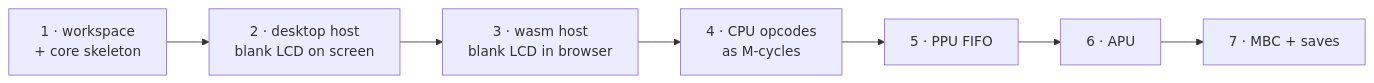
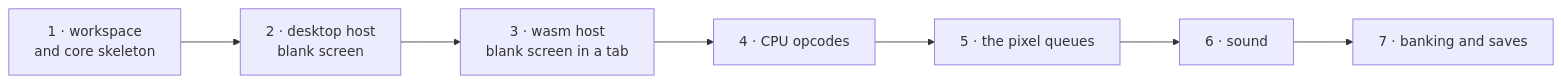
One commit to dudustri/rustboy-color changed diagram 16 of 16 in docs/architecture.md. Above: the diagram before and after it, drawn with Mermaid. The commit also changed other lines of this file and 17 other files, not shown here.

````diff
--- a/docs/architecture.md
+++ b/docs/architecture.md
@@ -449,7 +478,10 @@
 ```mermaid
+%%{init: {"flowchart": {"nodeSpacing": 50, "rankSpacing": 70}}}%%
 flowchart LR
-    S1["1 · workspace<br/>+ core skeleton"] --> S2["2 · desktop host<br/>blank LCD on screen"]
-    S2 --> S3["3 · wasm host<br/>blank LCD in browser"]
-    S3 --> S4["4 · CPU opcodes<br/>as M-cycles"]
-    S4 --> S5["5 · PPU FIFO"] --> S6["6 · APU"] --> S7["7 · MBC + saves"]
+    S1["1 · workspace<br/>and core skeleton"] --> S2["2 · desktop host<br/>blank screen"]
+    S2 --> S3["3 · wasm host<br/>blank screen in a tab"]
+    S3 --> S4["4 · CPU opcodes"]
+    S4 --> S5["5 · the pixel queues"]
+    S5 --> S6["6 · sound"]
+    S6 --> S7["7 · banking and saves"]
 ```
````
